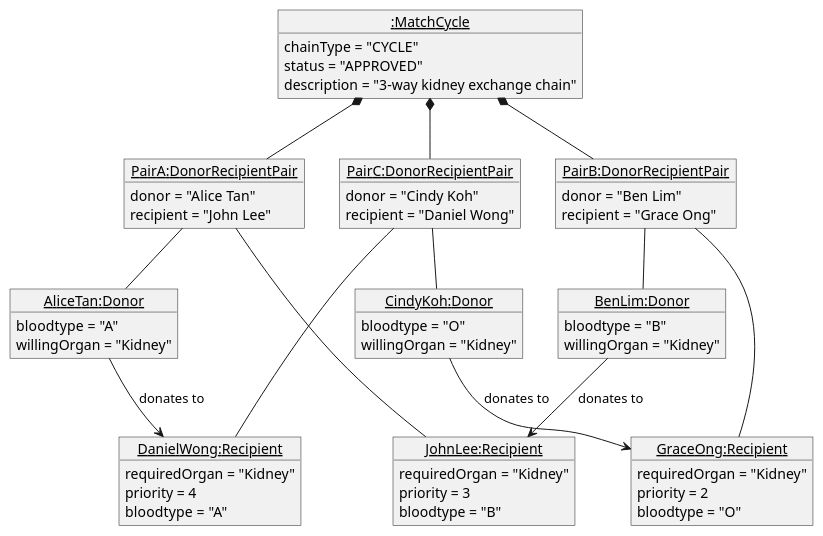
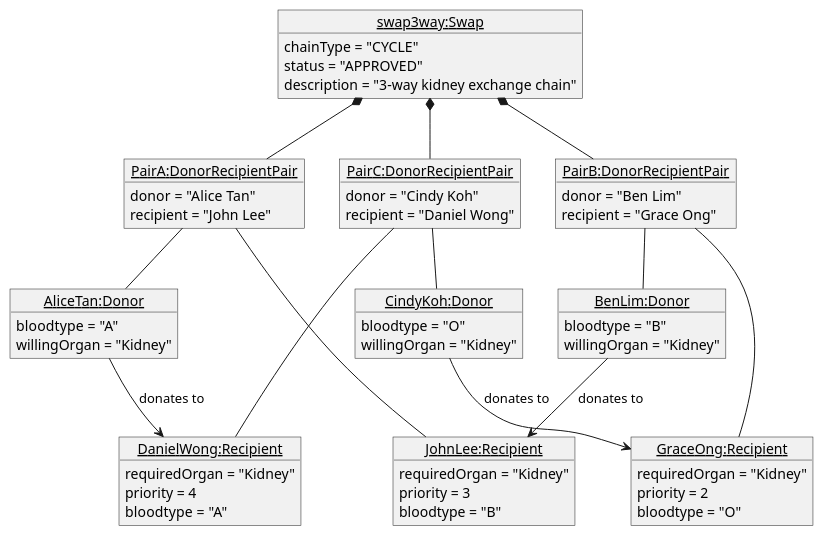
One commit to IsaiahToh/tp changed the diagram in diagrams/OrganSwapCycleObjectDiagram.puml. Above: the diagram before and after it, drawn with PlantUML. The commit also changed 25 other files, not shown here.

```diff
--- a/diagrams/OrganSwapCycleObjectDiagram.puml
+++ b/diagrams/OrganSwapCycleObjectDiagram.puml
@@ -1,71 +1,71 @@
 @startuml
 object "<u>AliceTan:Donor" as donorA {
   bloodtype = "A"
   willingOrgan = "Kidney"
 }
 
 object "<u>BenLim:Donor" as donorB {
   bloodtype = "B"
   willingOrgan = "Kidney"
 }
 
 object "<u>CindyKoh:Donor" as donorC {
   bloodtype = "O"
   willingOrgan = "Kidney"
 }
 
 object "<u>JohnLee:Recipient" as recipientA {
   requiredOrgan = "Kidney"
   priority = 3
   bloodtype = "B"
 }
 
 object "<u>GraceOng:Recipient" as recipientB {
   requiredOrgan = "Kidney"
   priority = 2
   bloodtype = "O"
 }
 
 object "<u>DanielWong:Recipient" as recipientC {
   requiredOrgan = "Kidney"
   priority = 4
   bloodtype = "A"
 }
 
 object "<u>PairA:DonorRecipientPair" as pairA {
   donor = "Alice Tan"
   recipient = "John Lee"
 }
 
 object "<u>PairB:DonorRecipientPair" as pairB {
   donor = "Ben Lim"
   recipient = "Grace Ong"
 }
 
 object "<u>PairC:DonorRecipientPair" as pairC {
   donor = "Cindy Koh"
   recipient = "Daniel Wong"
 }
 
-object "<u>:MatchCycle" as match3way {
+object "<u>swap3way:Swap" as match3way {
   chainType = "CYCLE"
   status = "APPROVED"
   description = "3-way kidney exchange chain"
 }
 
 pairA -- donorA
 pairA -- recipientA
 pairB -- donorB
 pairB -- recipientB
 pairC -- donorC
 pairC -- recipientC
 
 match3way *-- pairA
 match3way *-- pairB
 match3way *-- pairC
 
 donorA --> recipientC : donates to
 donorB --> recipientA : donates to
 donorC --> recipientB : donates to
 
 @enduml
```
